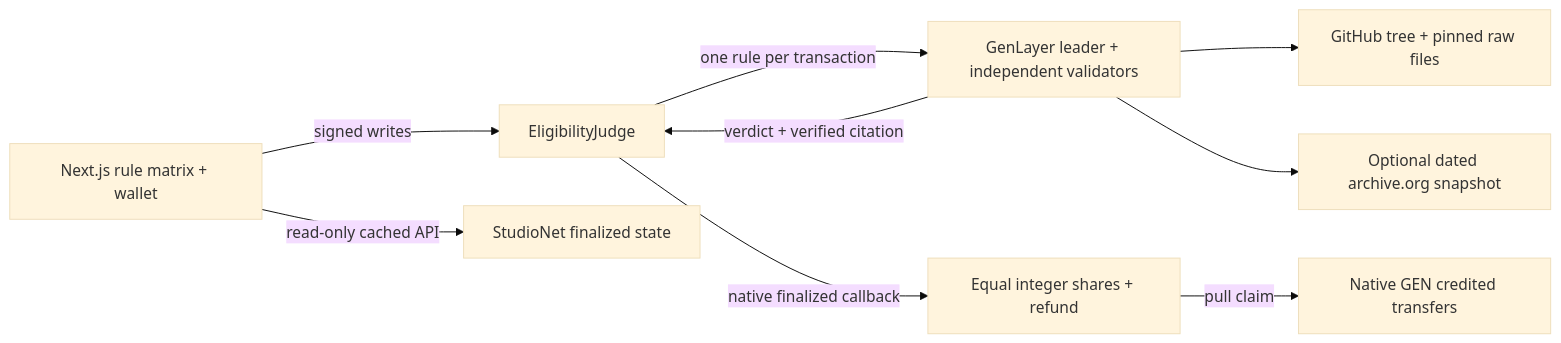
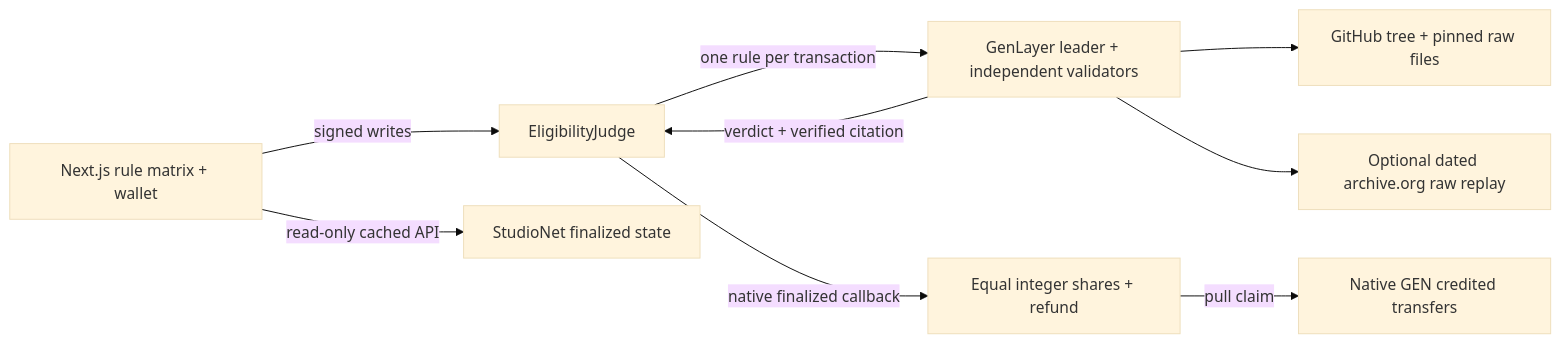
Before and after one commit to JWattjr/eligibility-judge: the diagram in README.md, drawn with Mermaid (base theme). The commit also changed other lines of this file and 13 other files, not shown here.

````diff
--- a/README.md
+++ b/README.md
@@ -9,11 +9,11 @@
 ```mermaid
 flowchart LR
   Browser[Next.js rule matrix + wallet] -->|signed writes| Contract[EligibilityJudge]
   Browser -->|read-only cached API| RPC[StudioNet finalized state]
   Contract -->|one rule per transaction| Validators[GenLayer leader + independent validators]
   Validators --> GitHub[GitHub tree + pinned raw files]
-  Validators --> Archive[Optional dated archive.org snapshot]
+  Validators --> Archive[Optional dated archive.org raw replay]
   Validators -->|verdict + verified citation| Contract
   Contract -->|native finalized callback| Settlement[Equal integer shares + refund]
   Settlement -->|pull claim| Wallets[Native GEN credited transfers]
 ```
````
